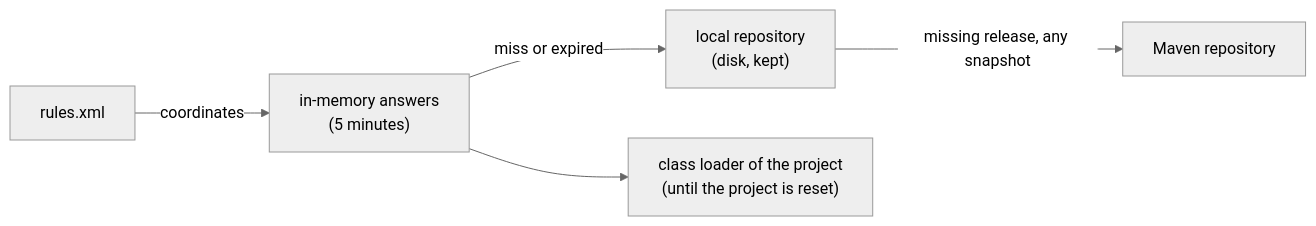
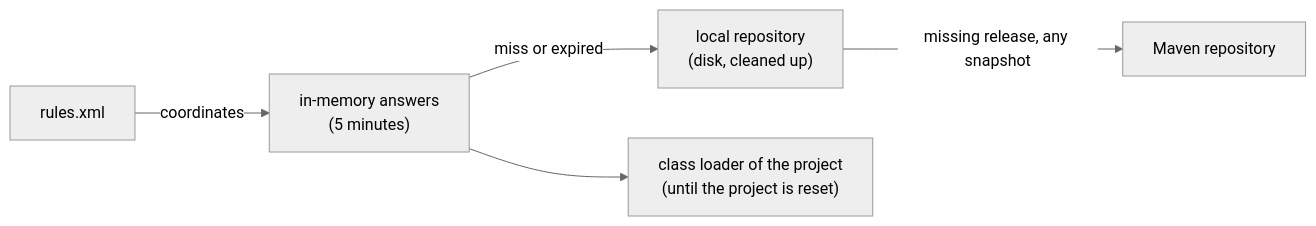
One commit to openl-tablets/openl-tablets changed the second of 2 diagrams in Docs/architecture/maven-dependencies.md. Above: the diagram before and after it, drawn with Mermaid (neutral theme). The commit also changed other lines of this file and 37 other files, not shown here.

````diff
--- a/Docs/architecture/maven-dependencies.md
+++ b/Docs/architecture/maven-dependencies.md
@@ -137,7 +138,7 @@
 ```mermaid
 flowchart LR
     R["rules.xml"] -->|coordinates| C["in-memory answers<br/>(5 minutes)"]
-    C -->|miss or expired| L["local repository<br/>(disk, kept)"]
+    C -->|miss or expired| L["local repository<br/>(disk, cleaned up)"]
     L -->|missing release, any snapshot| U["Maven repository"]
     C --> CL["class loader of the project<br/>(until the project is reset)"]
 ```
````
